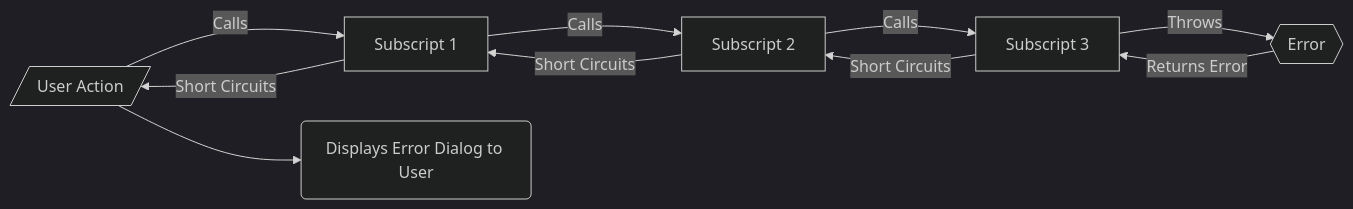
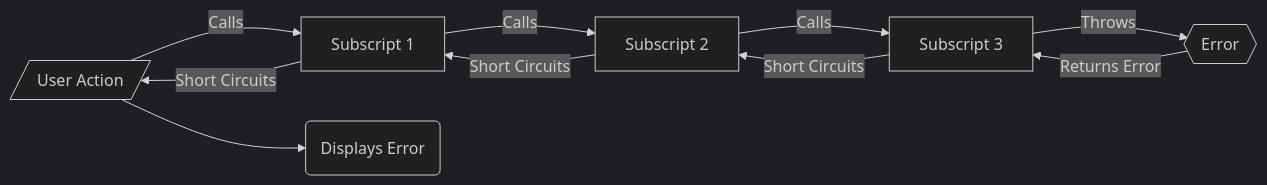
Before and after one commit to CloudChi/FX-Framework: the second of 2 diagrams in Error_Trapping_Returning.md, drawn with Mermaid (dark theme).

````diff
--- a/Error_Trapping_Returning.md
+++ b/Error_Trapping_Returning.md
@@ -28,12 +28,12 @@
 ```mermaid
 graph LR
     A[/User Action/] -- Calls --> B[Subscript 1] 
     B -- Calls --> C[Subscript 2] 
     C -- Calls --> D[Subscript 3] 
     D -- Throws --> E{{Error}}
     E -- Returns Error --> D
     D -- Short Circuits --> C
     C -- Short Circuits --> B
     B -- Short Circuits --> A
-    A --> H(Displays Error Dialog to User)    
+    A --> H(Displays Error)    
 ```
````
